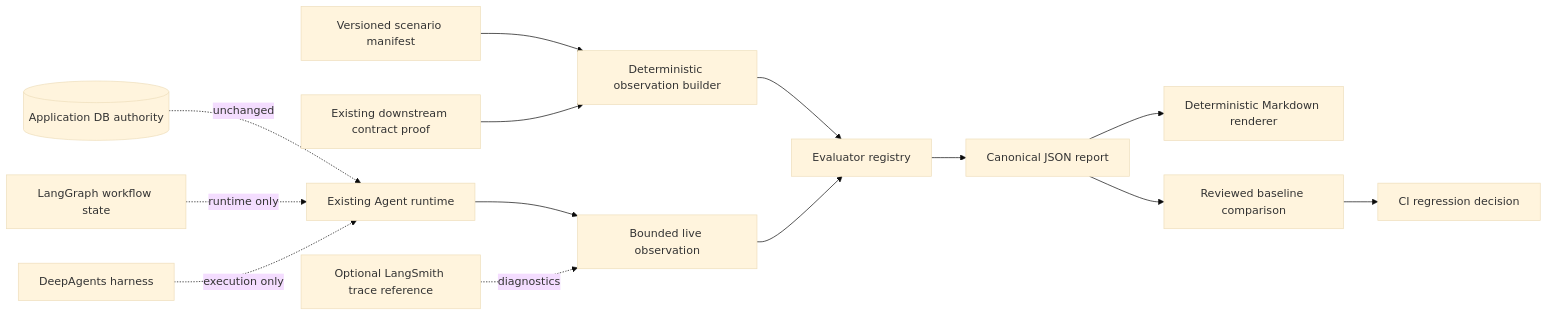
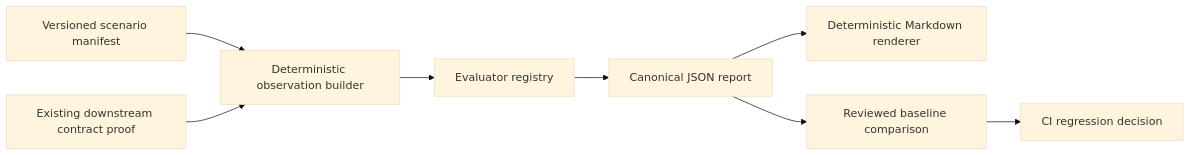
One commit to iTao-AI/decision-research-agent changed the diagram in docs/superpowers/specs/2026-07-13-agent-evaluation-regression-gate-design.md. Above: the diagram before and after it, drawn with Mermaid (base theme). The commit also changed other lines of this file and 1 other file, not shown here.

````diff
--- a/docs/superpowers/specs/2026-07-13-agent-evaluation-regression-gate-design.md
+++ b/docs/superpowers/specs/2026-07-13-agent-evaluation-regression-gate-design.md
@@ -148,18 +151,10 @@
 ```mermaid
 flowchart LR
     Manifest["Versioned scenario manifest"] --> Builder["Deterministic observation builder"]
     Consumer["Existing downstream contract proof"] --> Builder
     Builder --> Registry["Evaluator registry"]
     Registry --> JSON["Canonical JSON report"]
     JSON --> Markdown["Deterministic Markdown renderer"]
     JSON --> Compare["Reviewed baseline comparison"]
     Compare --> Gate["CI regression decision"]
-
-    Runtime["Existing Agent runtime"] --> Live["Bounded live observation"]
-    Live --> Registry
-    Trace["Optional LangSmith trace reference"] -. diagnostics .-> Live
-
-    DB[("Application DB authority")] -. unchanged .-> Runtime
-    Graph["LangGraph workflow state"] -. runtime only .-> Runtime
-    Deep["DeepAgents harness"] -. execution only .-> Runtime
 ```
````
